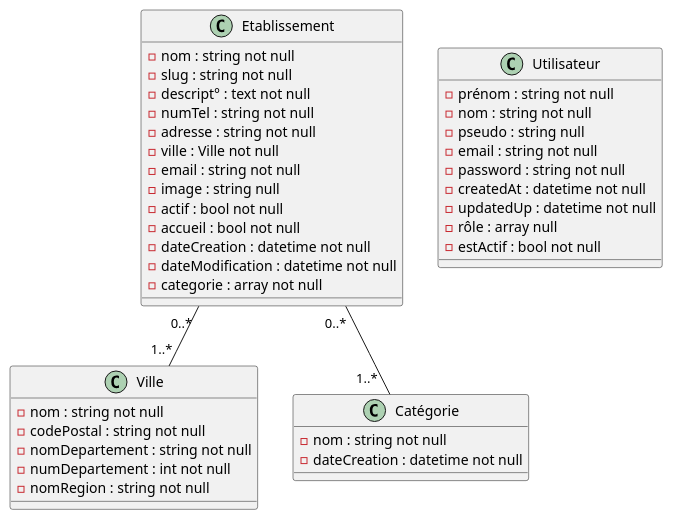
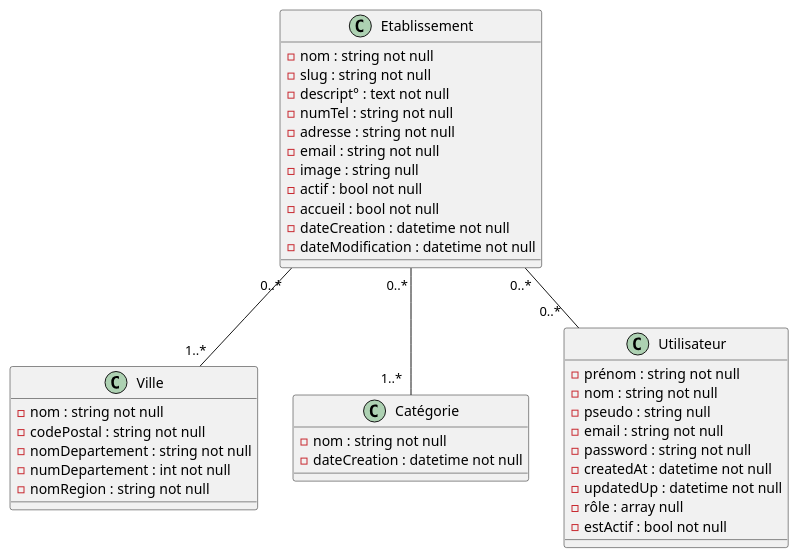
Before and after one commit to KilianBeaumont/FC-tourisme: the diagram in documentation/Diagramme de classe.puml, drawn with PlantUML. The commit also changed 4 other files, not shown here.

```diff
--- a/documentation/Diagramme de classe.puml
+++ b/documentation/Diagramme de classe.puml
@@ -1,55 +1,54 @@
 @startuml
 'https://plantuml.com/class-diagram
 
 class Etablissement {
 
 -nom : string not null
 -slug : string not null
 -descript° : text not null
 -numTel : string not null
 -adresse : string not null
--ville : Ville not null
 -email : string not null
 -image : string null
 -actif : bool not null
 -accueil : bool not null
 -dateCreation : datetime not null
 -dateModification : datetime not null
--categorie : array not null
 
 }
 
 class Ville {
 
 -nom : string not null
 -codePostal : string not null
 -nomDepartement : string not null
 -numDepartement : int not null
 -nomRegion : string not null
 
 }
 
 class Catégorie {
 
 -nom : string not null
 -dateCreation : datetime not null
 
 }
 
 class Utilisateur {
 
 -prénom : string not null
 -nom : string not null
 -pseudo : string null
 -email : string not null
 -password : string not null
 -createdAt : datetime not null
 -updatedUp : datetime not null
 -rôle : array null
 -estActif : bool not null
 
 }
 
 Etablissement "0..* " -- "1..*  "Catégorie
 Etablissement "0..* "-- "1..*"Ville
+Etablissement "0..*" -- "0..*   " Utilisateur
 @enduml
```
